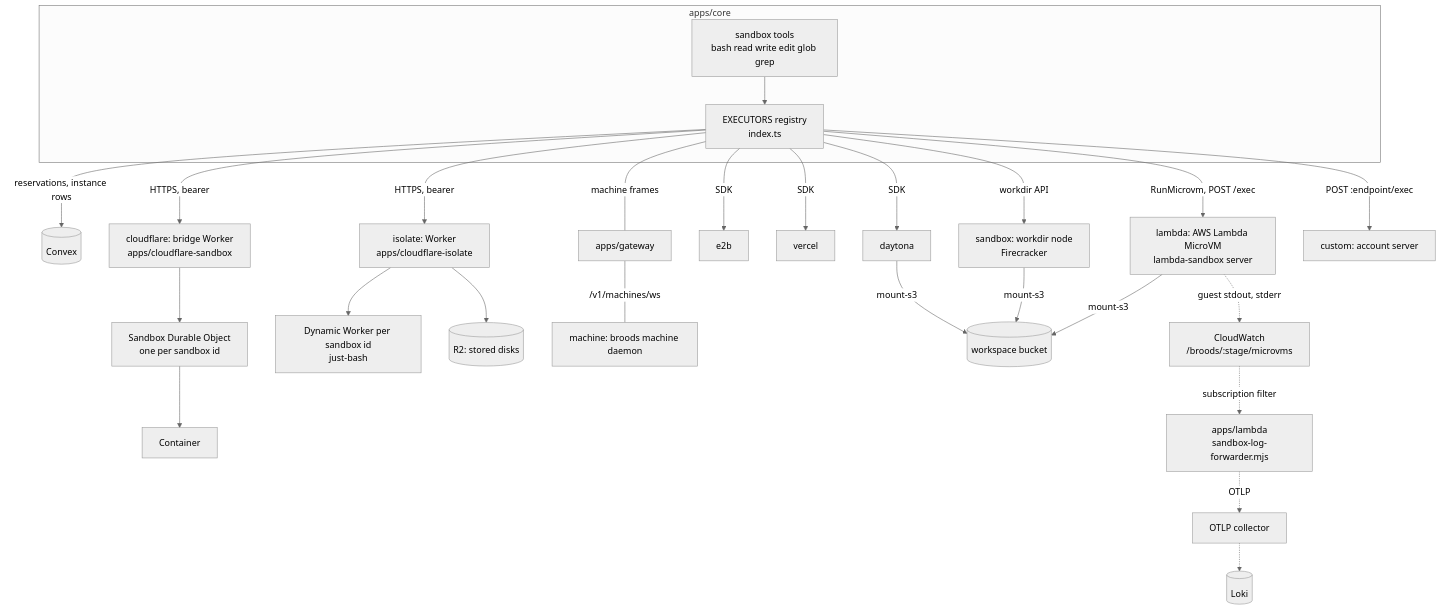
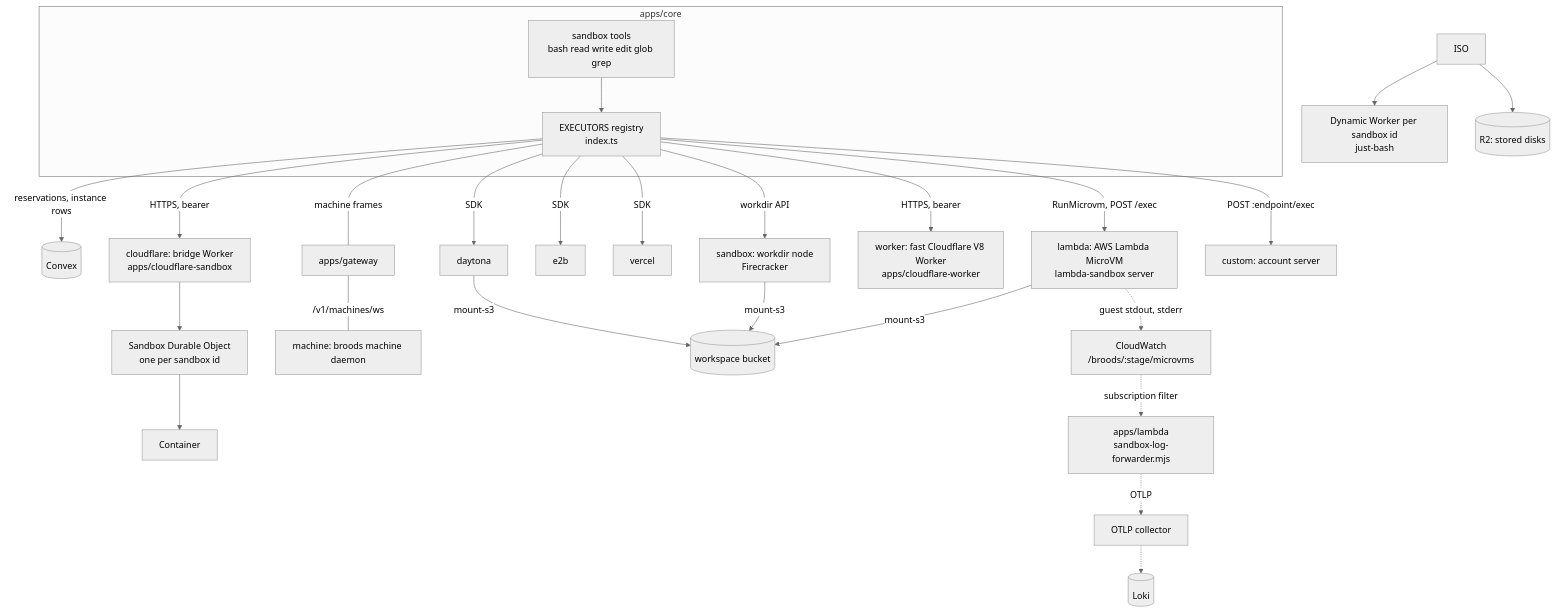
The first of 22 diagrams in apps/docs/docs/internals/sandboxes.md (beeblastco/broods), drawn with Mermaid (neutral theme) before and after one commit. The commit also changed other lines of this file and 19 other files, not shown here.

First line of the commit message:
fix(dashboard,docs,demos): name the provider Fast Cloudflare V8 Worker, shell caps, true disk cap

````diff
--- a/apps/docs/docs/internals/sandboxes.md
+++ b/apps/docs/docs/internals/sandboxes.md
@@ -9,29 +9,29 @@
 ```mermaid
 flowchart TB
   subgraph core["apps/core"]
     TOOLS["sandbox tools<br/>bash read write edit glob grep"] --> REG["EXECUTORS registry<br/>index.ts"]
   end
   REG -->|"reservations, instance rows"| CVX[("Convex")]
 
   REG -->|"RunMicrovm, POST /exec"| MVM["lambda: AWS Lambda MicroVM<br/>lambda-sandbox server"]
   REG -->|"workdir API"| WD["sandbox: workdir node<br/>Firecracker"]
   REG -->|"SDK"| DAY["daytona"]
   REG -->|"SDK"| E2B["e2b"]
   REG -->|"SDK"| VER["vercel"]
   REG -->|"HTTPS, bearer"| CFW["cloudflare: bridge Worker<br/>apps/cloudflare-sandbox"]
   CFW --> DO["Sandbox Durable Object<br/>one per sandbox id"] --> CT["Container"]
-  REG -->|"HTTPS, bearer"| ISO["isolate: Worker<br/>apps/cloudflare-isolate"]
+  REG -->|"HTTPS, bearer"| WRK["worker: fast Cloudflare V8 Worker<br/>apps/cloudflare-worker"]
   ISO --> DW["Dynamic Worker per sandbox id<br/>just-bash"]
   ISO --> R2[("R2: stored disks")]
   REG ---|"machine frames"| GW["apps/gateway"]
   GW ---|"/v1/machines/ws"| DAEMON["machine: broods machine daemon"]
   REG -->|"POST :endpoint/exec"| CUSTOM["custom: account server"]
 
   MVM -->|"mount-s3"| S3[("workspace bucket")]
   WD -->|"mount-s3"| S3
   DAY -->|"mount-s3"| S3
 
   MVM -.->|"guest stdout, stderr"| CW["CloudWatch<br/>/broods/:stage/microvms"]
   CW -.->|"subscription filter"| FWD["apps/lambda<br/>sandbox-log-forwarder.mjs"]
   FWD -.->|"OTLP"| COL["OTLP collector"] -.-> LOKI[("Loki")]
 ```
````
